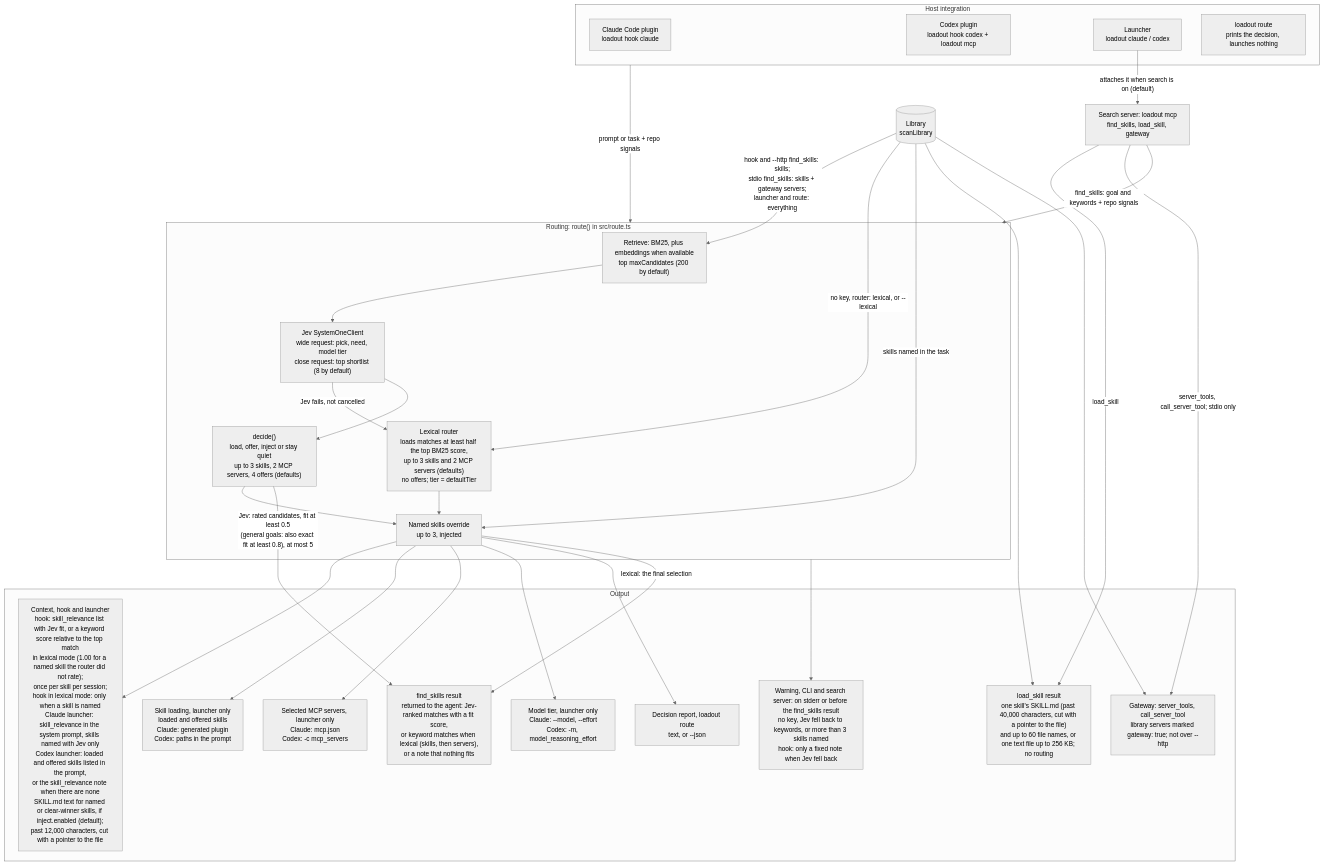
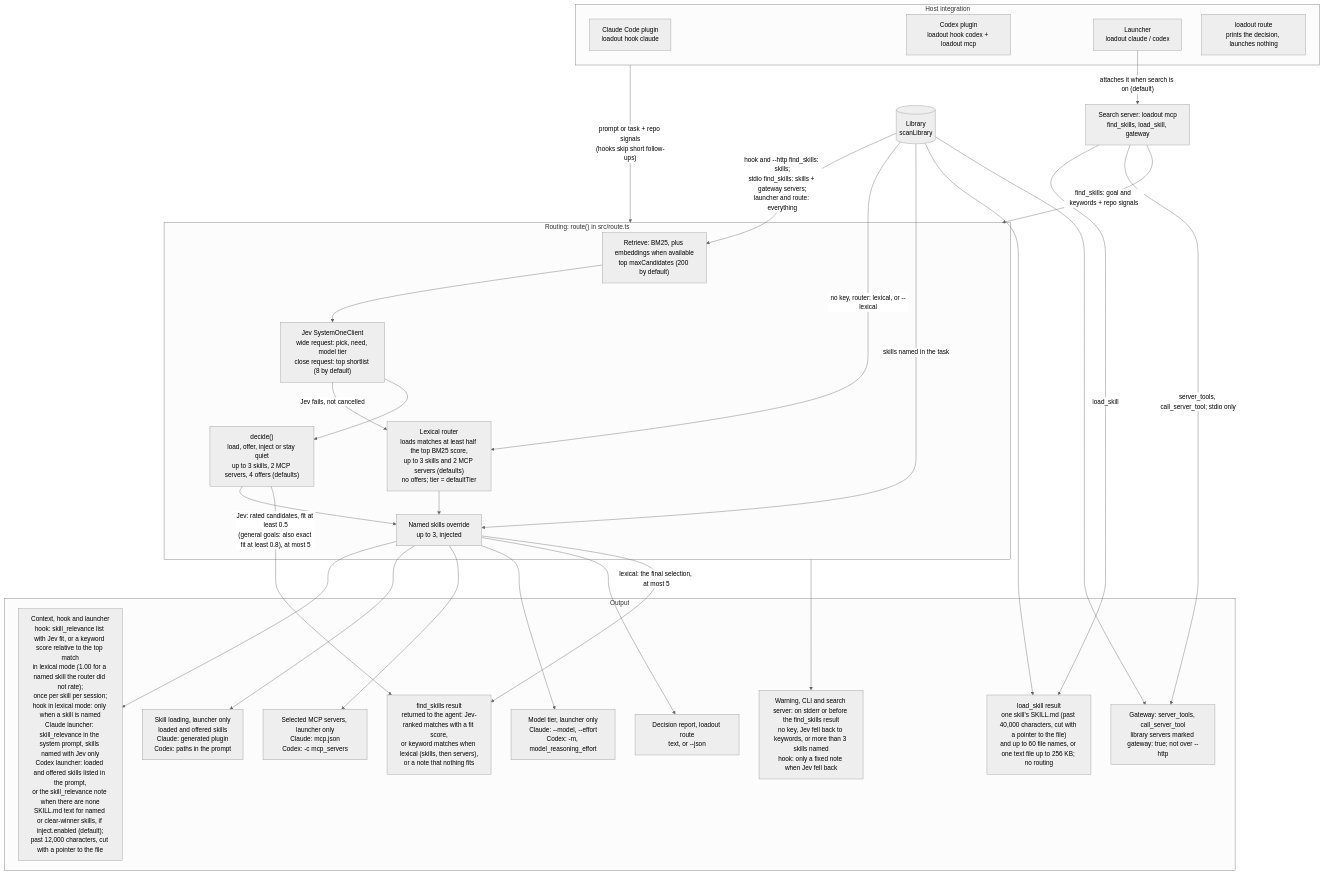
One commit to erik-hedstrom/loadout changed the diagram in DESIGN.md. Above: the diagram before and after it, drawn with Mermaid (neutral theme).

Commit message:
E6: lexical find_skills cap and hook follow-up skip in the diagram
Codex round 16: findSkills() returns at most 5 entries of the lexical
selection, and both hooks return on short follow-ups before routing.

Claude-Session: https://claude.ai/code/session_01HuyR49tfEGYja23caRY2JK

````diff
--- a/DESIGN.md
+++ b/DESIGN.md
@@ -29,57 +29,57 @@
 ```mermaid
 flowchart TB
     subgraph host["Host integration"]
         CH["Claude Code plugin<br/>loadout hook claude"]
         XH["Codex plugin<br/>loadout hook codex + loadout mcp"]
         LA["Launcher<br/>loadout claude / codex"]
         RT["loadout route<br/>prints the decision, launches nothing"]
     end
 
     MS["Search server: loadout mcp<br/>find_skills, load_skill, gateway"]
 
     LIB[("Library<br/>scanLibrary")]
 
     subgraph routing["Routing: route() in src/route.ts"]
         RET["Retrieve: BM25, plus embeddings when available<br/>top maxCandidates (200 by default)"]
         JEV["Jev SystemOneClient<br/>wide request: pick, need, model tier<br/>close request: top shortlist (8 by default)"]
         DEC["decide()<br/>load, offer, inject or stay quiet<br/>up to 3 skills, 2 MCP servers, 4 offers (defaults)"]
         LEX["Lexical router<br/>loads matches at least half the top BM25 score,<br/>up to 3 skills and 2 MCP servers (defaults)<br/>no offers; tier = defaultTier"]
         MEN["Named skills override<br/>up to 3, injected"]
         RET --> JEV
         JEV -->|"Jev fails, not cancelled"| LEX
         JEV --> DEC
         DEC --> MEN
         LEX --> MEN
     end
 
     subgraph out["Output"]
         CTX["Context, hook and launcher<br/>hook: skill_relevance list with Jev fit, or a keyword score relative to the top match<br/>in lexical mode (1.00 for a named skill the router did not rate);<br/>once per skill per session;<br/>hook in lexical mode: only when a skill is named<br/>Claude launcher: skill_relevance in the system prompt, skills named with Jev only<br/>Codex launcher: loaded and offered skills listed in the prompt,<br/>or the skill_relevance note when there are none<br/>SKILL.md text for named or clear-winner skills, if inject.enabled (default);<br/>past 12,000 characters, cut with a pointer to the file"]
         SKL["Skill loading, launcher only<br/>loaded and offered skills<br/>Claude: generated plugin<br/>Codex: paths in the prompt"]
         MCPS["Selected MCP servers, launcher only<br/>Claude: mcp.json<br/>Codex: -c mcp_servers"]
         TIER["Model tier, launcher only<br/>Claude: --model, --effort<br/>Codex: -m, model_reasoning_effort"]
         FSR["find_skills result<br/>returned to the agent: Jev-ranked matches with a fit score,<br/>or keyword matches when lexical (skills, then servers),<br/>or a note that nothing fits"]
         LS["load_skill result<br/>one skill's SKILL.md (past 40,000 characters, cut with a pointer to the file)<br/>and up to 60 file names, or one text file up to 256 KB; no routing"]
         GW["Gateway: server_tools, call_server_tool<br/>library servers marked gateway: true; not over --http"]
         WARN["Warning, CLI and search server: on stderr or before the find_skills result<br/>no key, Jev fell back to keywords, or more than 3 skills named<br/>hook: only a fixed note when Jev fell back"]
         DR["Decision report, loadout route<br/>text, or --json"]
     end
 
-    host -->|"prompt or task + repo signals"| routing
+    host -->|"prompt or task + repo signals<br/>(hooks skip short follow-ups)"| routing
     LA -->|"attaches it when search is on (default)"| MS
     MS -->|"find_skills: goal and keywords + repo signals"| routing
     MS -->|"load_skill"| LS
     MS -->|"server_tools, call_server_tool; stdio only"| GW
     LIB -->|"hook and --http find_skills: skills;<br/>stdio find_skills: skills + gateway servers;<br/>launcher and route: everything"| RET
     LIB -->|"no key, router: lexical, or --lexical"| LEX
     LIB -->|"skills named in the task"| MEN
     LIB --> LS
     LIB --> GW
     MEN --> CTX
     MEN --> SKL
     MEN --> MCPS
     MEN --> TIER
     MEN --> DR
     DEC -->|"Jev: rated candidates, fit at least 0.5<br/>(general goals: also exact fit at least 0.8), at most 5"| FSR
-    MEN -->|"lexical: the final selection"| FSR
+    MEN -->|"lexical: the final selection, at most 5"| FSR
     routing --> WARN
 ```
````
